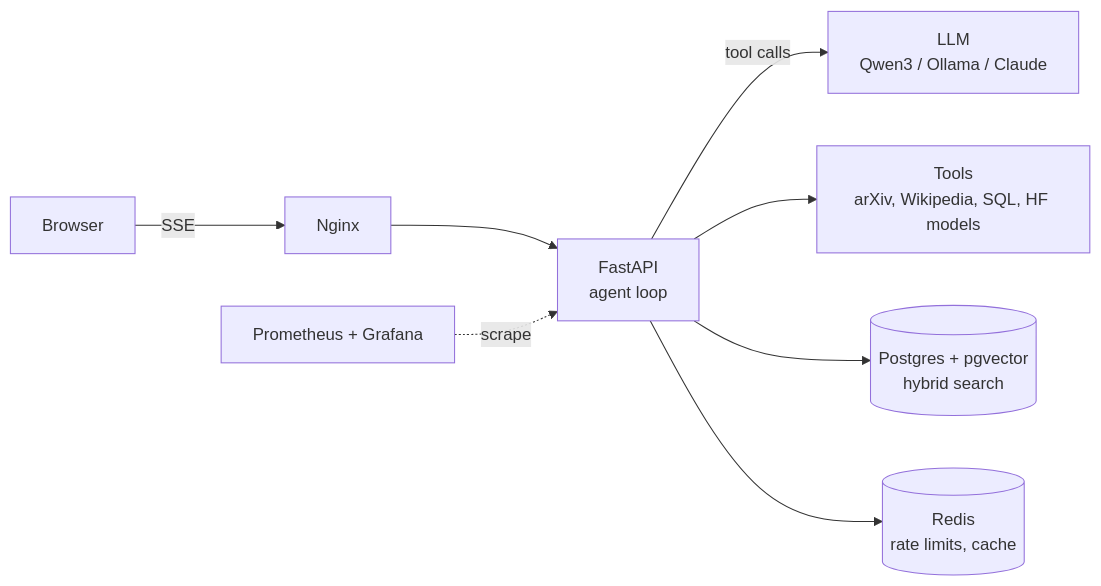
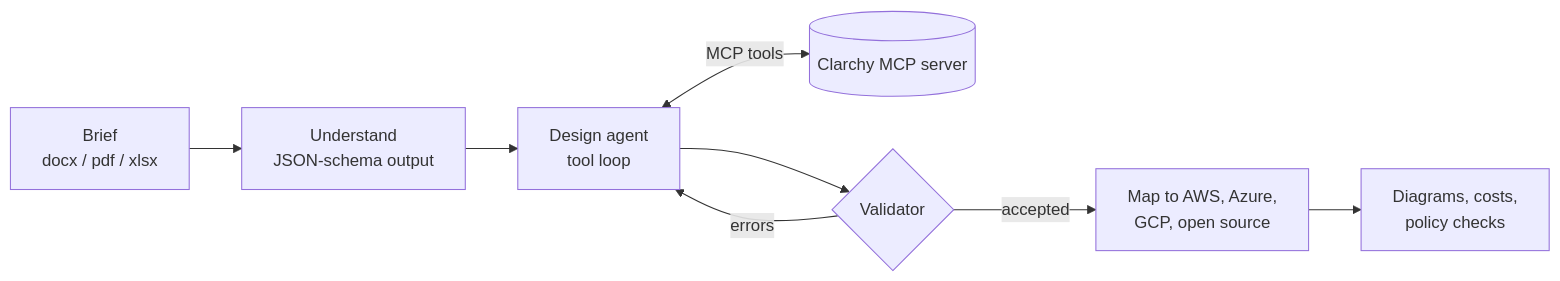
One commit to namratabhatia21/namratabhatia21 changed the diagram in README.md. Above: the diagram before and after it, drawn with Mermaid. The commit also changed other lines of this file, not shown here.

Commit message:
Feature Clarchy instead of Agentic
Claude-Session: https://claude.ai/code/session_01L1xNZGnfGLt68EWET7nFMD

````diff
--- a/README.md
+++ b/README.md
@@ -49,10 +49,10 @@
 ```mermaid
 flowchart LR
-    U[Browser] -->|SSE| N[Nginx]
-    N --> A[FastAPI<br/>agent loop]
-    A -->|tool calls| L[LLM<br/>Qwen3 / Ollama / Claude]
-    A --> T[Tools<br/>arXiv, Wikipedia, SQL, HF models]
-    A --> P[(Postgres + pgvector<br/>hybrid search)]
-    A --> R[(Redis<br/>rate limits, cache)]
-    M[Prometheus + Grafana] -.->|scrape| A
+    B[Brief<br/>docx / pdf / xlsx] --> U[Understand<br/>JSON-schema output]
+    U --> A[Design agent<br/>tool loop]
+    A <-->|MCP tools| T[(Clarchy MCP server)]
+    A --> V{Validator}
+    V -->|errors| A
+    V -->|accepted| M[Map to AWS, Azure,<br/>GCP, open source]
+    M --> O[Diagrams, costs,<br/>policy checks]
 ```
````
